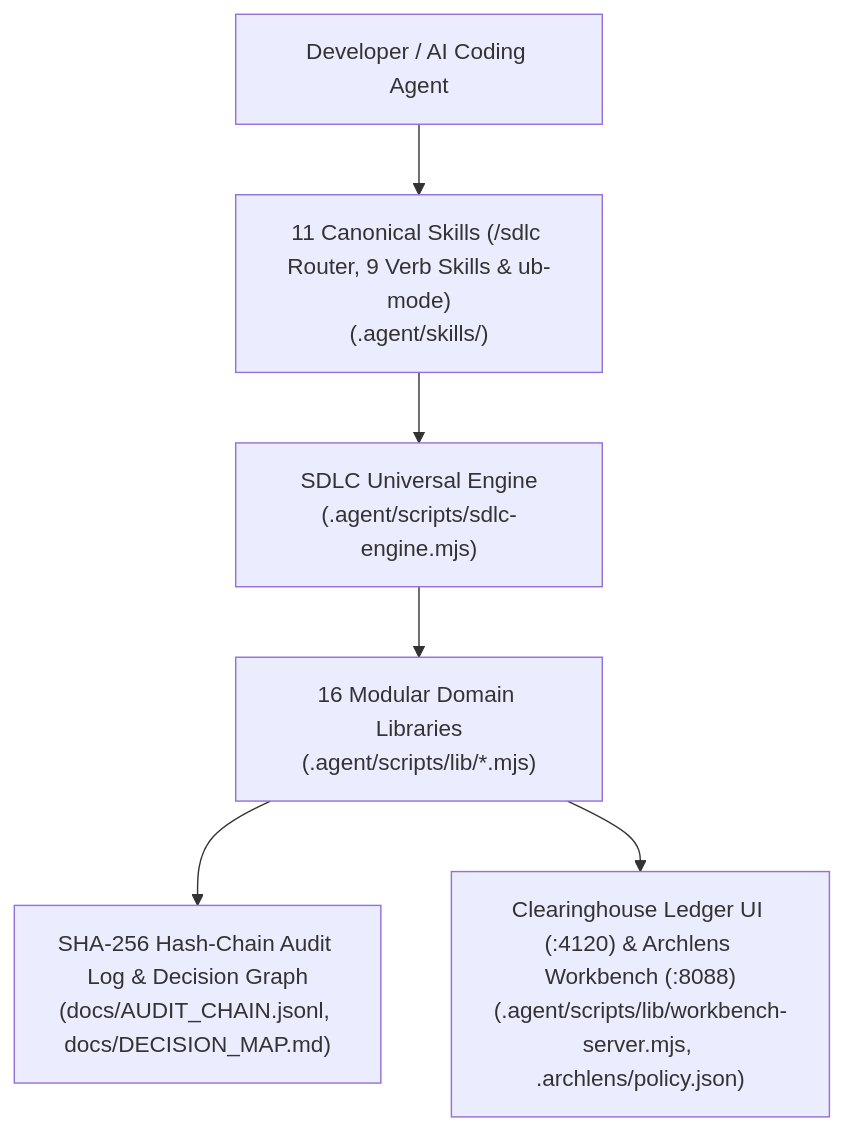
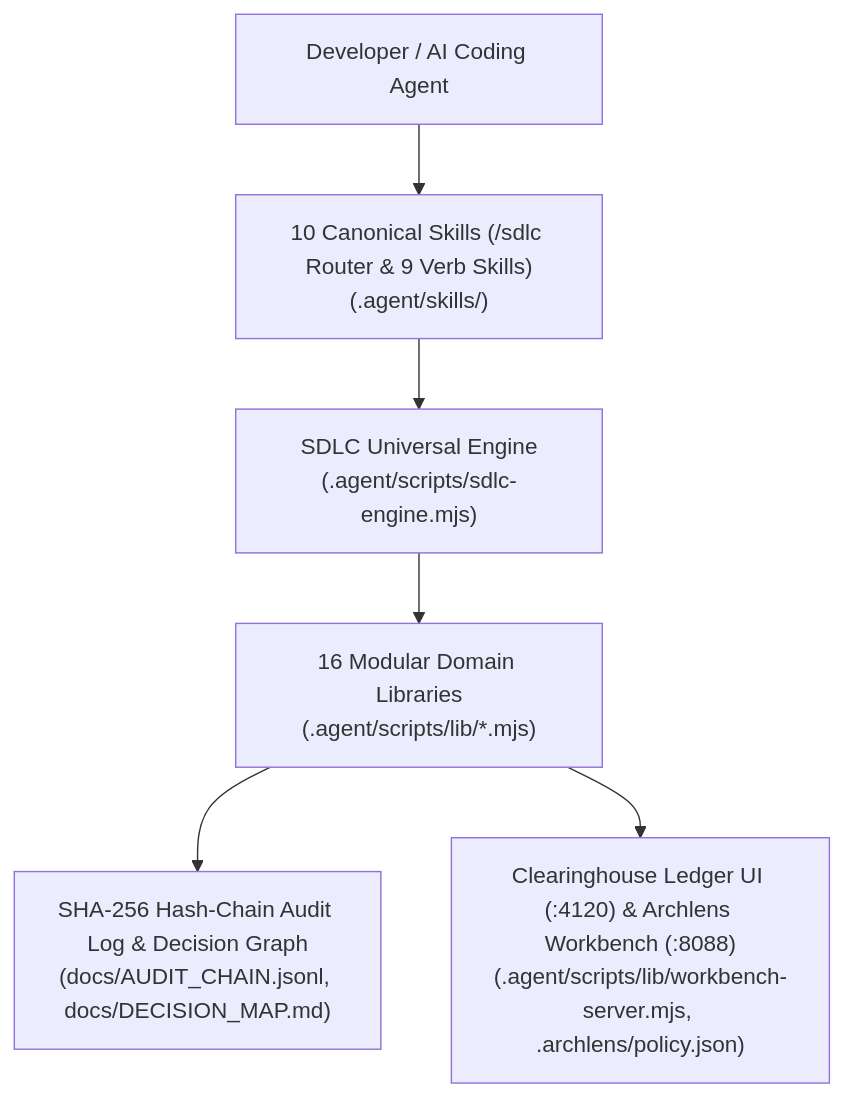
The diagram in docs/SRS.md (fmatar/sealit), drawn with Mermaid before and after one commit. The commit also changed other lines of this file and 66 other files, not shown here.

Commit message:
feat(sdlc): standardize on 10 canonical skills, neutral terminology, clean footers, and compact workflow diagram (#116)

````diff
--- a/docs/SRS.md
+++ b/docs/SRS.md
@@ -32,13 +32,13 @@
 ```mermaid
 flowchart TB
-    Operator["Developer / AI Coding Agent"] --> Router["11 Canonical Skills (/sdlc Router, 9 Verb Skills & ub-mode)
+    Operator["Developer / AI Coding Agent"] --> Router["10 Canonical Skills (/sdlc Router & 9 Verb Skills)
 (.agent/skills/)"]
     Router --> Engine["SDLC Universal Engine
 (.agent/scripts/sdlc-engine.mjs)"]
     Engine --> Domain["16 Modular Domain Libraries
 (.agent/scripts/lib/*.mjs)"]
     Domain --> Ledger["SHA-256 Hash-Chain Audit Log & Decision Graph
 (docs/AUDIT_CHAIN.jsonl, docs/DECISION_MAP.md)"]
     Domain --> Workbench["Clearinghouse Ledger UI (:4120) & Archlens Workbench (:8088)
 (.agent/scripts/lib/workbench-server.mjs, .archlens/policy.json)"]
 ```
````
